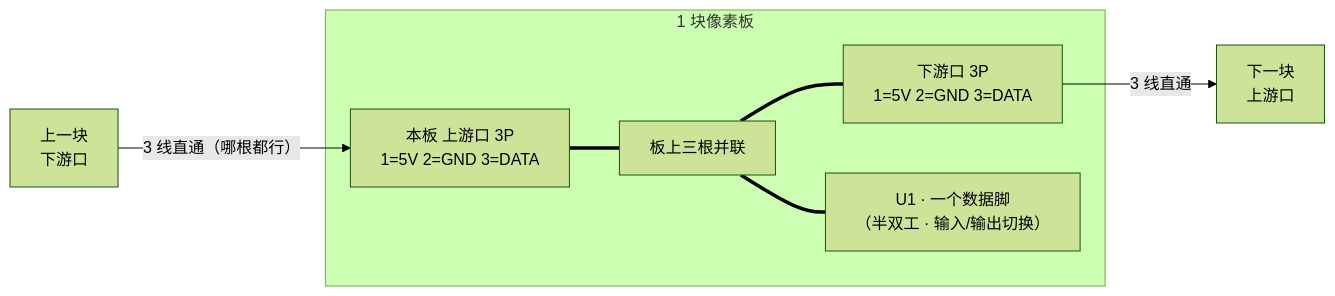
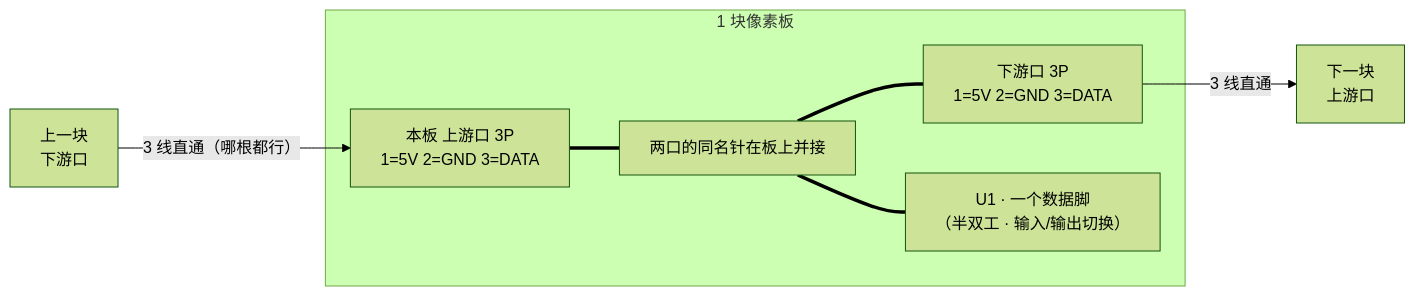
One commit to langhua/AuroraTessellation-NFC changed the third of 3 diagrams in hardware/pixel/connector-plan.md. Above: the diagram before and after it, drawn with Mermaid (forest theme). The commit also changed other lines of this file and 2 other files, not shown here.

````diff
--- a/hardware/pixel/connector-plan.md
+++ b/hardware/pixel/connector-plan.md
@@ -78,10 +79,10 @@
 ```mermaid
 flowchart LR
   PUP["上一块<br/>下游口"] -- "3 线直通（哪根都行）" --> UI["本板 上游口 3P<br/>1=5V 2=GND 3=DATA"]
   subgraph PIX["1 块像素板"]
-    UI === NODE["板上三根并联"]
+    UI === NODE["两口的同名针在板上并接"]
     NODE === UO["下游口 3P<br/>1=5V 2=GND 3=DATA"]
     NODE === MCU["U1 · 一个数据脚<br/>（半双工 · 输入/输出切换）"]
   end
   UO -- "3 线直通" --> PDN["下一块<br/>上游口"]
 ```
````
